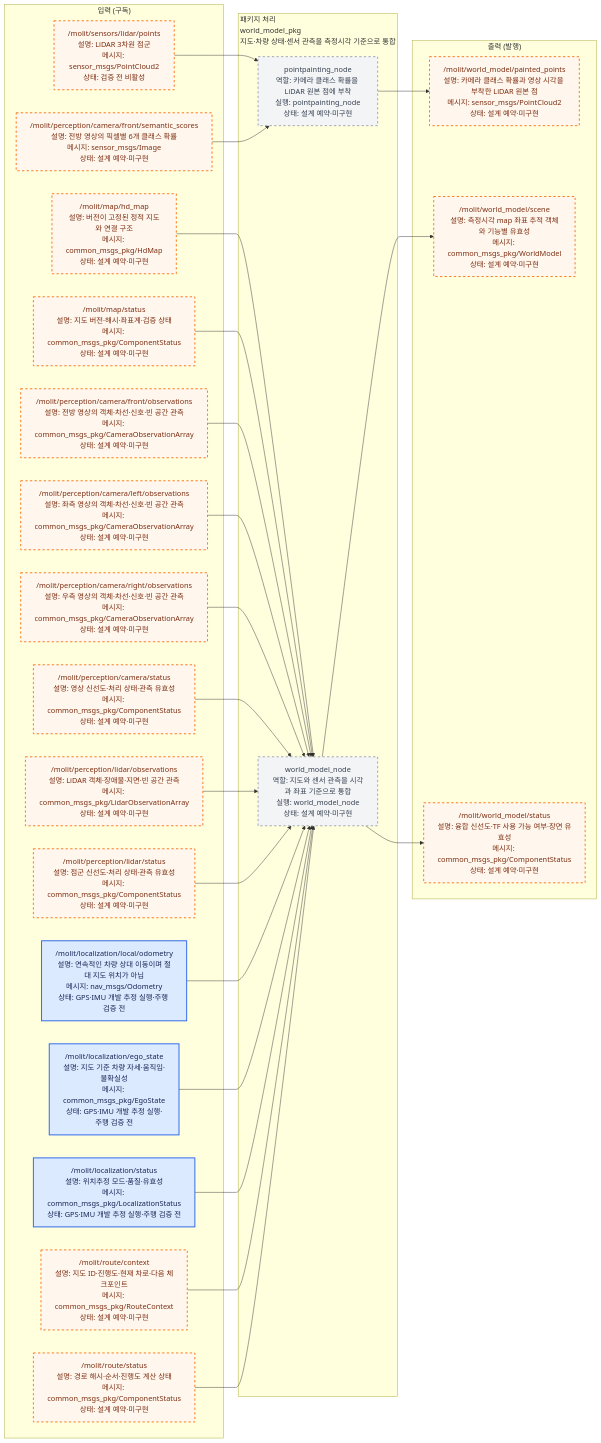
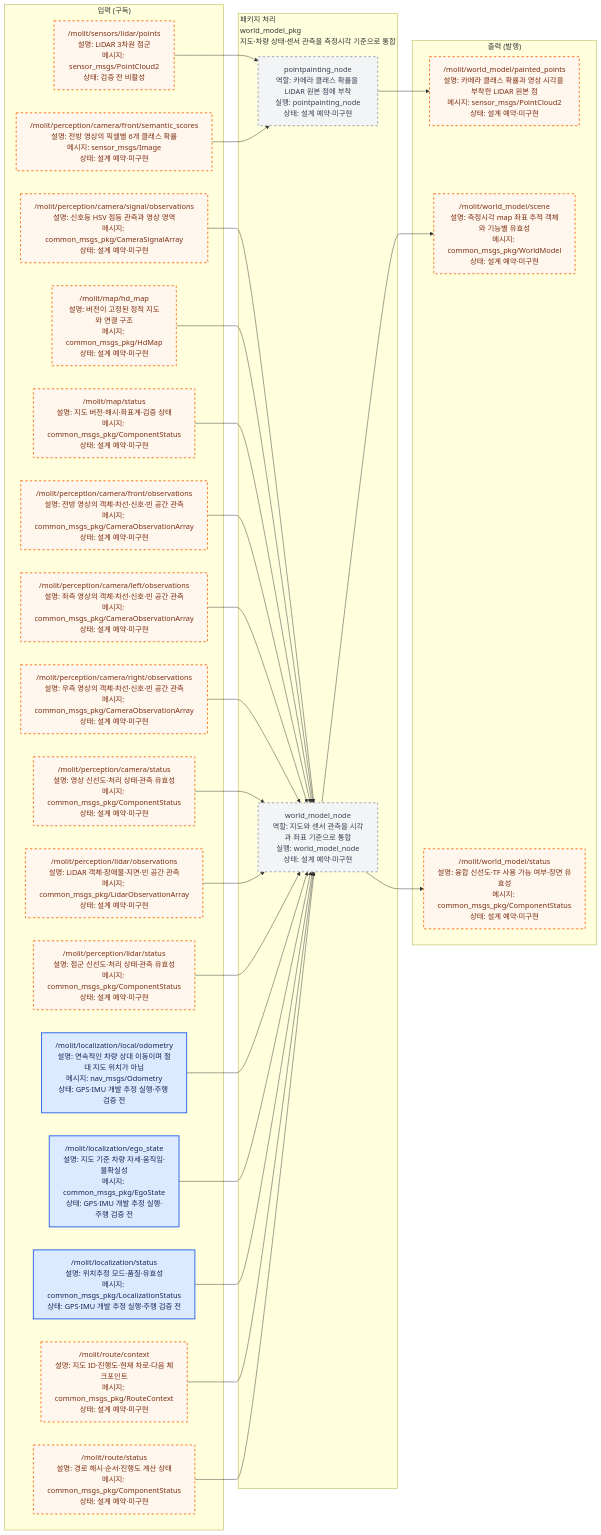
Before and after one commit to Team-Stier/Morai_Sim_team2: the diagram in src/world_model_pkg/docs/interface_io.mmd, drawn with Mermaid. The commit also changed 56 other files, not shown here.

First line of the commit message:
신호등 HSV 판독과 경로별 정지·재출발 및 RViz 상태 연결

```diff
--- a/src/world_model_pkg/docs/interface_io.mmd
+++ b/src/world_model_pkg/docs/interface_io.mmd
@@ -1,76 +1,79 @@
 %% AUTO-GENERATED by ros_architecture_pkg/scripts/generate_interface_diagrams.py. DO NOT EDIT.
 %% Source of truth: ros_architecture_pkg/config/interface_contract.yaml
 flowchart LR
     classDef liveNode fill:#dcfce7,color:#14532d,stroke:#16a34a,stroke-width:2px;
     classDef reservedNode fill:#f3f4f6,color:#374151,stroke:#9ca3af,stroke-width:2px,stroke-dasharray: 5 5;
     classDef liveTopic fill:#dbeafe,color:#172554,stroke:#2563eb,stroke-width:2px;
     classDef reservedTopic fill:#fff7ed,color:#7c2d12,stroke:#f97316,stroke-width:2px,stroke-dasharray: 5 5;
     classDef emptyPort fill:#ffffff,color:#6b7280,stroke:#d1d5db,stroke-dasharray: 3 3;
     classDef externalEndpoint fill:#f3e8ff,color:#581c87,stroke:#9333ea,stroke-width:3px;
 
     subgraph INPUTS["입력 (구독)"]
-        input_000["/molit/sensors/lidar/points<br/>설명: LiDAR 3차원 점군<br/>메시지: sensor_msgs/PointCloud2<br/>상태: 검증 전 비활성"]
-        input_001["/molit/perception/camera/front/semantic_scores<br/>설명: 전방 영상의 픽셀별 6개 클래스 확률<br/>메시지: sensor_msgs/Image<br/>상태: 설계 예약·미구현"]
-        input_002["/molit/map/hd_map<br/>설명: 버전이 고정된 정적 지도와 연결 구조<br/>메시지: common_msgs_pkg/HdMap<br/>상태: 설계 예약·미구현"]
-        input_003["/molit/map/status<br/>설명: 지도 버전·해시·좌표계·검증 상태<br/>메시지: common_msgs_pkg/ComponentStatus<br/>상태: 설계 예약·미구현"]
-        input_004["/molit/perception/camera/front/observations<br/>설명: 전방 영상의 객체·차선·신호·빈 공간 관측<br/>메시지: common_msgs_pkg/CameraObservationArray<br/>상태: 설계 예약·미구현"]
-        input_005["/molit/perception/camera/left/observations<br/>설명: 좌측 영상의 객체·차선·신호·빈 공간 관측<br/>메시지: common_msgs_pkg/CameraObservationArray<br/>상태: 설계 예약·미구현"]
-        input_006["/molit/perception/camera/right/observations<br/>설명: 우측 영상의 객체·차선·신호·빈 공간 관측<br/>메시지: common_msgs_pkg/CameraObservationArray<br/>상태: 설계 예약·미구현"]
-        input_007["/molit/perception/camera/status<br/>설명: 영상 신선도·처리 상태·관측 유효성<br/>메시지: common_msgs_pkg/ComponentStatus<br/>상태: 설계 예약·미구현"]
-        input_008["/molit/perception/lidar/observations<br/>설명: LiDAR 객체·장애물·지면·빈 공간 관측<br/>메시지: common_msgs_pkg/LidarObservationArray<br/>상태: 설계 예약·미구현"]
-        input_009["/molit/perception/lidar/status<br/>설명: 점군 신선도·처리 상태·관측 유효성<br/>메시지: common_msgs_pkg/ComponentStatus<br/>상태: 설계 예약·미구현"]
-        input_010["/molit/localization/local/odometry<br/>설명: 연속적인 차량 상대 이동이며 절대 지도 위치가 아님<br/>메시지: nav_msgs/Odometry<br/>상태: GPS·IMU 개발 추정 실행·주행 검증 전"]
-        input_011["/molit/localization/ego_state<br/>설명: 지도 기준 차량 자세·움직임·불확실성<br/>메시지: common_msgs_pkg/EgoState<br/>상태: GPS·IMU 개발 추정 실행·주행 검증 전"]
-        input_012["/molit/localization/status<br/>설명: 위치추정 모드·품질·유효성<br/>메시지: common_msgs_pkg/LocalizationStatus<br/>상태: GPS·IMU 개발 추정 실행·주행 검증 전"]
-        input_013["/molit/route/context<br/>설명: 지도 ID·진행도·현재 차로·다음 체크포인트<br/>메시지: common_msgs_pkg/RouteContext<br/>상태: 설계 예약·미구현"]
-        input_014["/molit/route/status<br/>설명: 경로 해시·순서·진행도 계산 상태<br/>메시지: common_msgs_pkg/ComponentStatus<br/>상태: 설계 예약·미구현"]
+        input_000["/molit/perception/camera/signal/observations<br/>설명: 신호등 HSV 점등 관측과 영상 영역<br/>메시지: common_msgs_pkg/CameraSignalArray<br/>상태: 설계 예약·미구현"]
+        input_001["/molit/sensors/lidar/points<br/>설명: LiDAR 3차원 점군<br/>메시지: sensor_msgs/PointCloud2<br/>상태: 검증 전 비활성"]
+        input_002["/molit/perception/camera/front/semantic_scores<br/>설명: 전방 영상의 픽셀별 6개 클래스 확률<br/>메시지: sensor_msgs/Image<br/>상태: 설계 예약·미구현"]
+        input_003["/molit/map/hd_map<br/>설명: 버전이 고정된 정적 지도와 연결 구조<br/>메시지: common_msgs_pkg/HdMap<br/>상태: 설계 예약·미구현"]
+        input_004["/molit/map/status<br/>설명: 지도 버전·해시·좌표계·검증 상태<br/>메시지: common_msgs_pkg/ComponentStatus<br/>상태: 설계 예약·미구현"]
+        input_005["/molit/perception/camera/front/observations<br/>설명: 전방 영상의 객체·차선·신호·빈 공간 관측<br/>메시지: common_msgs_pkg/CameraObservationArray<br/>상태: 설계 예약·미구현"]
+        input_006["/molit/perception/camera/left/observations<br/>설명: 좌측 영상의 객체·차선·신호·빈 공간 관측<br/>메시지: common_msgs_pkg/CameraObservationArray<br/>상태: 설계 예약·미구현"]
+        input_007["/molit/perception/camera/right/observations<br/>설명: 우측 영상의 객체·차선·신호·빈 공간 관측<br/>메시지: common_msgs_pkg/CameraObservationArray<br/>상태: 설계 예약·미구현"]
+        input_008["/molit/perception/camera/status<br/>설명: 영상 신선도·처리 상태·관측 유효성<br/>메시지: common_msgs_pkg/ComponentStatus<br/>상태: 설계 예약·미구현"]
+        input_009["/molit/perception/lidar/observations<br/>설명: LiDAR 객체·장애물·지면·빈 공간 관측<br/>메시지: common_msgs_pkg/LidarObservationArray<br/>상태: 설계 예약·미구현"]
+        input_010["/molit/perception/lidar/status<br/>설명: 점군 신선도·처리 상태·관측 유효성<br/>메시지: common_msgs_pkg/ComponentStatus<br/>상태: 설계 예약·미구현"]
+        input_011["/molit/localization/local/odometry<br/>설명: 연속적인 차량 상대 이동이며 절대 지도 위치가 아님<br/>메시지: nav_msgs/Odometry<br/>상태: GPS·IMU 개발 추정 실행·주행 검증 전"]
+        input_012["/molit/localization/ego_state<br/>설명: 지도 기준 차량 자세·움직임·불확실성<br/>메시지: common_msgs_pkg/EgoState<br/>상태: GPS·IMU 개발 추정 실행·주행 검증 전"]
+        input_013["/molit/localization/status<br/>설명: 위치추정 모드·품질·유효성<br/>메시지: common_msgs_pkg/LocalizationStatus<br/>상태: GPS·IMU 개발 추정 실행·주행 검증 전"]
+        input_014["/molit/route/context<br/>설명: 지도 ID·진행도·현재 차로·다음 체크포인트<br/>메시지: common_msgs_pkg/RouteContext<br/>상태: 설계 예약·미구현"]
+        input_015["/molit/route/status<br/>설명: 경로 해시·순서·진행도 계산 상태<br/>메시지: common_msgs_pkg/ComponentStatus<br/>상태: 설계 예약·미구현"]
     end
     subgraph PACKAGE["패키지 처리<br/>world_model_pkg<br/>지도·차량 상태·센서 관측을 측정시각 기준으로 통합"]
         local_node_000["world_model_node<br/>역할: 지도와 센서 관측을 시각과 좌표 기준으로 통합<br/>실행: world_model_node<br/>상태: 설계 예약·미구현"]
         local_node_001["pointpainting_node<br/>역할: 카메라 클래스 확률을 LiDAR 원본 점에 부착<br/>실행: pointpainting_node<br/>상태: 설계 예약·미구현"]
     end
     subgraph OUTPUTS["출력 (발행)"]
         output_000["/molit/world_model/painted_points<br/>설명: 카메라 클래스 확률과 영상 시각을 부착한 LiDAR 원본 점<br/>메시지: sensor_msgs/PointCloud2<br/>상태: 설계 예약·미구현"]
         output_001["/molit/world_model/scene<br/>설명: 측정시각 map 좌표 추적 객체와 기능별 유효성<br/>메시지: common_msgs_pkg/WorldModel<br/>상태: 설계 예약·미구현"]
         output_002["/molit/world_model/status<br/>설명: 융합 신선도·TF 사용 가능 여부·장면 유효성<br/>메시지: common_msgs_pkg/ComponentStatus<br/>상태: 설계 예약·미구현"]
     end
 
-    input_000 --> local_node_001
+    input_000 --> local_node_000
     input_001 --> local_node_001
-    input_002 --> local_node_000
+    input_002 --> local_node_001
     input_003 --> local_node_000
     input_004 --> local_node_000
     input_005 --> local_node_000
     input_006 --> local_node_000
     input_007 --> local_node_000
     input_008 --> local_node_000
     input_009 --> local_node_000
     input_010 --> local_node_000
     input_011 --> local_node_000
     input_012 --> local_node_000
     input_013 --> local_node_000
     input_014 --> local_node_000
+    input_015 --> local_node_000
     local_node_001 --> output_000
     local_node_000 --> output_001
     local_node_000 --> output_002
 
     class local_node_000 reservedNode;
     class local_node_001 reservedNode;
     class input_000 reservedTopic;
     class input_001 reservedTopic;
     class input_002 reservedTopic;
     class input_003 reservedTopic;
     class input_004 reservedTopic;
     class input_005 reservedTopic;
     class input_006 reservedTopic;
     class input_007 reservedTopic;
     class input_008 reservedTopic;
     class input_009 reservedTopic;
-    class input_010 liveTopic;
+    class input_010 reservedTopic;
     class input_011 liveTopic;
     class input_012 liveTopic;
-    class input_013 reservedTopic;
+    class input_013 liveTopic;
     class input_014 reservedTopic;
+    class input_015 reservedTopic;
     class output_000 reservedTopic;
     class output_001 reservedTopic;
     class output_002 reservedTopic;
```
